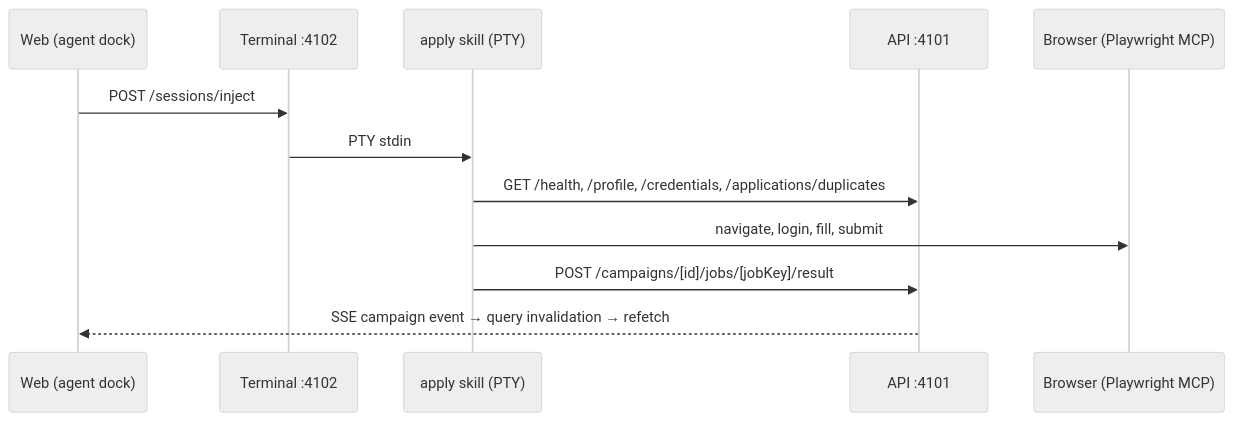
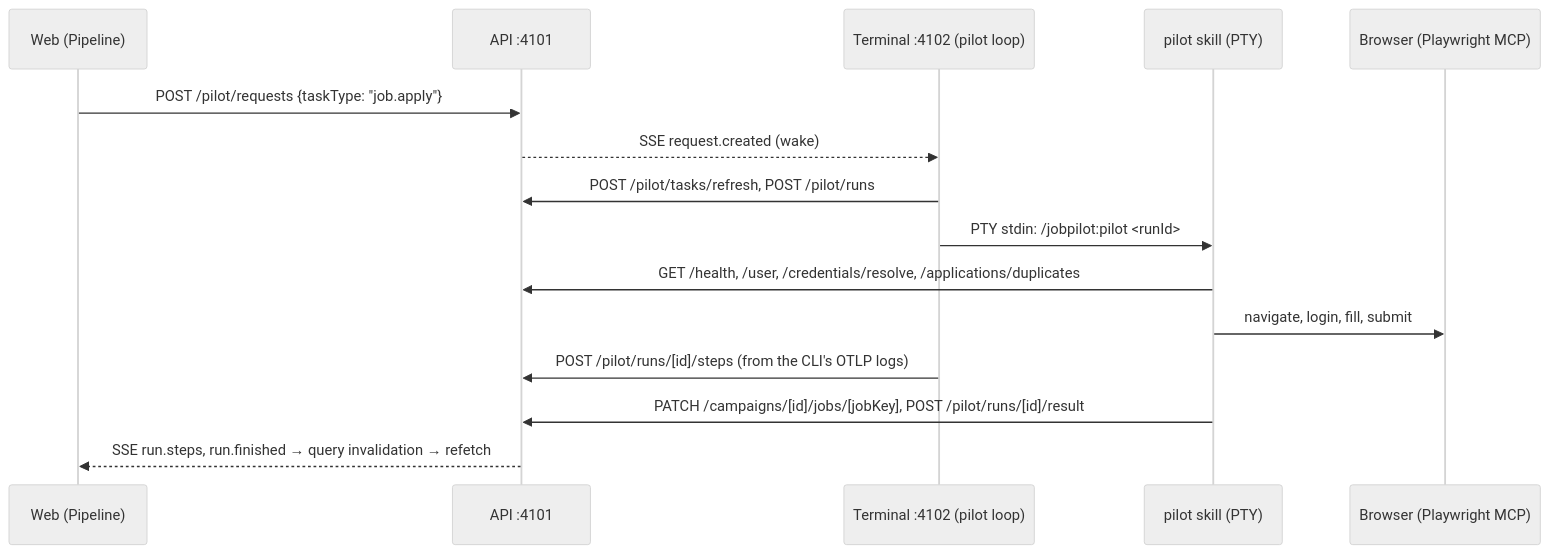
One commit to suxrobGM/jobpilot changed the second of 2 diagrams in docs/development.md. Above: the diagram before and after it, drawn with Mermaid (neutral theme). The commit also changed other lines of this file and 18 other files, not shown here.

````diff
--- a/docs/development.md
+++ b/docs/development.md
@@ -207,15 +213,18 @@
 ```mermaid
 sequenceDiagram
-    participant W as Web (agent dock)
-    participant T as Terminal :4102
-    participant S as apply skill (PTY)
+    participant W as Web (Pipeline)
     participant API as API :4101
+    participant T as Terminal :4102 (pilot loop)
+    participant S as pilot skill (PTY)
     participant B as Browser (Playwright MCP)
 
-    W->>T: POST /sessions/inject
-    T->>S: PTY stdin
-    S->>API: GET /health, /profile, /credentials, /applications/duplicates
+    W->>API: POST /pilot/requests {taskType: "job.apply"}
+    API-->>T: SSE request.created (wake)
+    T->>API: POST /pilot/tasks/refresh, POST /pilot/runs
+    T->>S: PTY stdin: /jobpilot:pilot <runId>
+    S->>API: GET /health, /user, /credentials/resolve, /applications/duplicates
     S->>B: navigate, login, fill, submit
-    S->>API: POST /campaigns/[id]/jobs/[jobKey]/result
-    API-->>W: SSE campaign event → query invalidation → refetch
+    T->>API: POST /pilot/runs/[id]/steps (from the CLI's OTLP logs)
+    S->>API: PATCH /campaigns/[id]/jobs/[jobKey], POST /pilot/runs/[id]/result
+    API-->>W: SSE run.steps, run.finished → query invalidation → refetch
 ```
````
